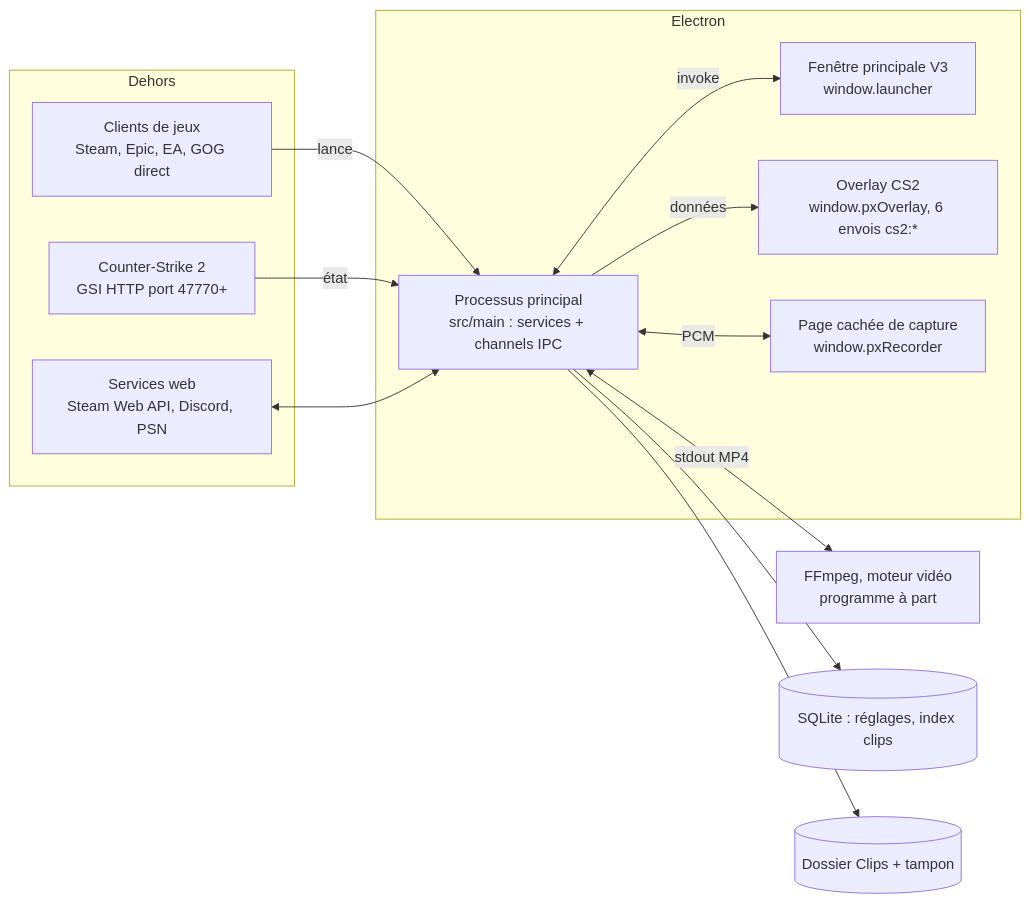
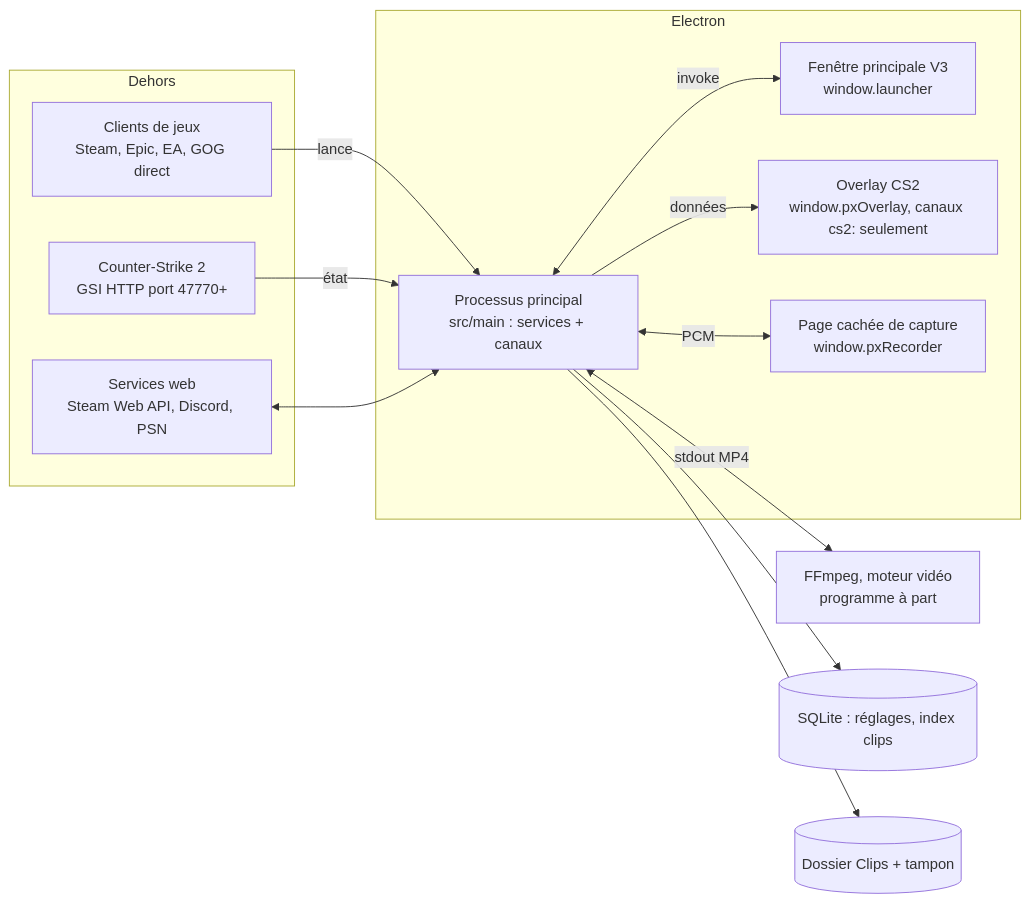
The first of 3 diagrams in docs/ARCHITECTURE.md (Moon-ItachiDEV/Player-X-luncher), drawn with Mermaid before and after one commit. The commit also changed other lines of this file and 25 other files, not shown here.

First line of the commit message:
Lot Fondations : garde-fous d'architecture, index.ts découpé, pannes notées dans le journal

````diff
--- a/docs/ARCHITECTURE.md
+++ b/docs/ARCHITECTURE.md
@@ -6,26 +23,26 @@
 ```mermaid
 flowchart LR
   subgraph Dehors
     CL[Clients de jeux<br/>Steam, Epic, EA, GOG direct]
     CS[Counter-Strike 2<br/>GSI HTTP port 47770+]
     WEB[Services web<br/>Steam Web API, Discord, PSN]
   end
   subgraph Electron
-    MAIN[Processus principal<br/>src/main : services + channels IPC]
+    MAIN[Processus principal<br/>src/main : services + canaux]
     WIN[Fenêtre principale V3<br/>window.launcher]
-    OVL[Overlay CS2<br/>window.pxOverlay, 6 envois cs2:*]
+    OVL[Overlay CS2<br/>window.pxOverlay, canaux cs2: seulement]
     REC[Page cachée de capture<br/>window.pxRecorder]
   end
   FF[FFmpeg, moteur vidéo<br/>programme à part]
   DB[(SQLite : réglages, index clips)]
   FS[(Dossier Clips + tampon)]
   CL -->|lance| MAIN
   CS -->|état| MAIN
   WEB <--> MAIN
   MAIN <-->|invoke| WIN
   MAIN -->|données| OVL
   MAIN <-->|PCM| REC
   MAIN <-->|stdout MP4| FF
   MAIN --> DB
   MAIN --> FS
 ```
````
